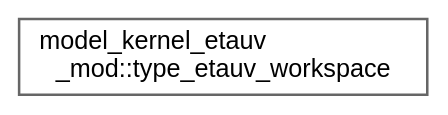
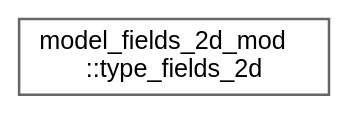
The diagram in release/v4.0-beta/inherit_graph_38.dot (mayhl/FUNWAVE-TVD), drawn with Graphviz before and after one commit. The commit also changed 52 other files, not shown here.

```diff
--- a/release/v4.0-beta/inherit_graph_38.dot
+++ b/release/v4.0-beta/inherit_graph_38.dot
@@ -1,9 +1,9 @@
 digraph "Graphical Class Hierarchy"
 {
  // LATEX_PDF_SIZE
   bgcolor="transparent";
   edge [fontname=Helvetica,fontsize=10,labelfontname=Helvetica,labelfontsize=10];
   node [fontname=Helvetica,fontsize=10,shape=box,height=0.2,width=0.4];
   rankdir="LR";
-  Node0 [id="Node000000",label="model_kernel_etauv\l_mod::type_etauv_workspace",height=0.2,width=0.4,color="grey40", fillcolor="white", style="filled",URL="$structmodel__kernel__etauv__mod_1_1type__etauv__workspace.html",tooltip=" "];
+  Node0 [id="Node000000",label="model_fields_2d_mod\l::type_fields_2d",height=0.2,width=0.4,color="grey40", fillcolor="white", style="filled",URL="$structmodel__fields__2d__mod_1_1type__fields__2d.html",tooltip="Primary field arrays for the 2D Boussinesq model."];
 }
```
